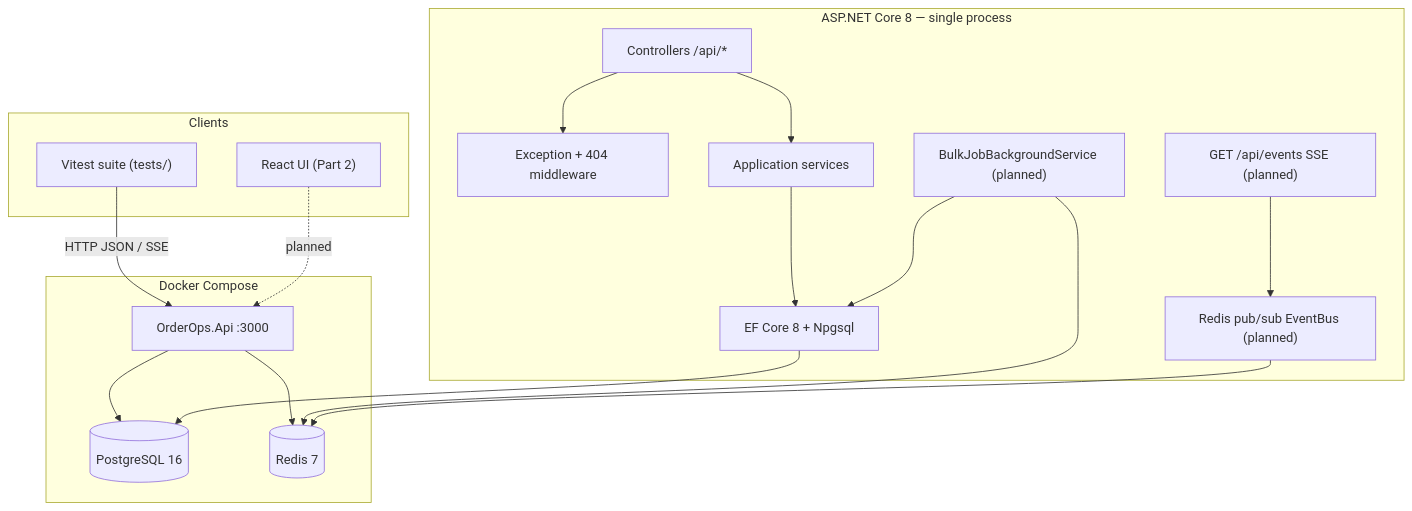
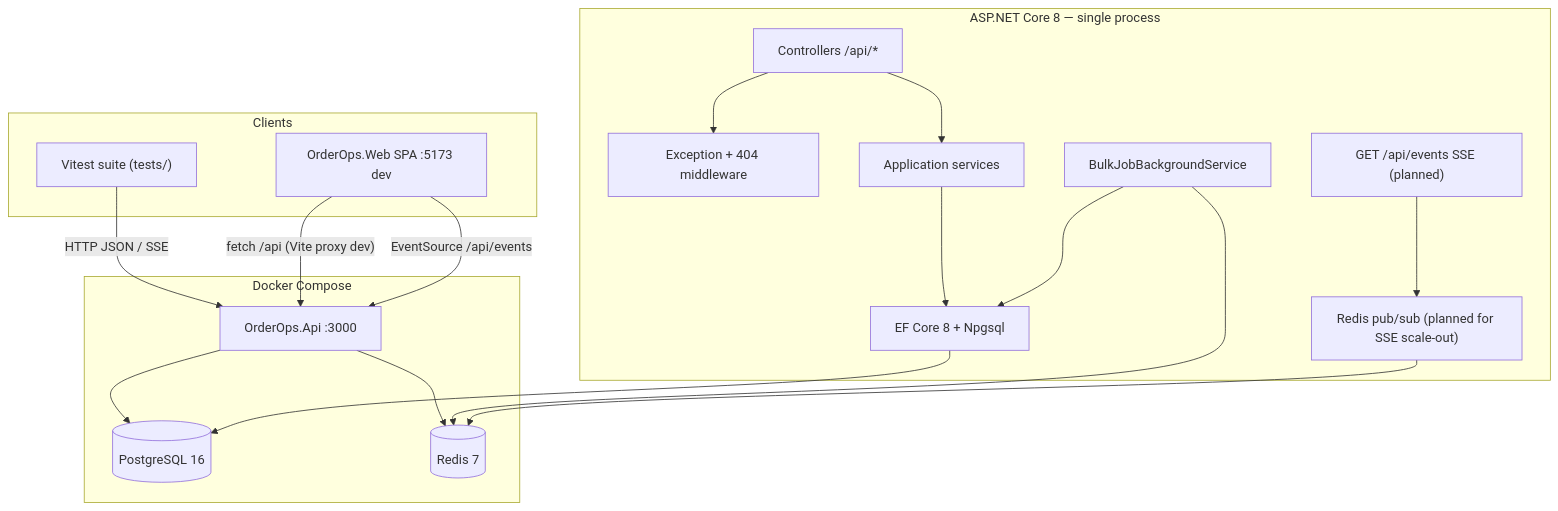
One commit to OriBartov/reeco_assignment changed the first of 5 diagrams in ARCHITECTURE.md. Above: the diagram before and after it, drawn with Mermaid. The commit also changed other lines of this file, not shown here.

First line of the commit message:
docs: update ARCHITECTURE.md for full-stack status and frontend design

````diff
--- a/ARCHITECTURE.md
+++ b/ARCHITECTURE.md
@@ -25,37 +25,38 @@
 ```mermaid
 flowchart TB
   subgraph clients [Clients]
     Tests["Vitest suite (tests/)"]
-    FutureUI["React UI (Part 2)"]
+    Web["OrderOps.Web SPA :5173 dev"]
   end
 
   subgraph docker [Docker Compose]
     API["OrderOps.Api :3000"]
     PG[(PostgreSQL 16)]
     Redis[(Redis 7)]
   end
 
   Tests -->|HTTP JSON / SSE| API
-  FutureUI -.->|planned| API
+  Web -->|"fetch /api (Vite proxy dev)"| API
+  Web -->|"EventSource /api/events"| API
   API --> PG
   API --> Redis
 
   subgraph apiInternals [ASP.NET Core 8 — single process]
     Controllers["Controllers /api/*"]
     Middleware["Exception + 404 middleware"]
     Services["Application services"]
     EF["EF Core 8 + Npgsql"]
-    Worker["BulkJobBackgroundService (planned)"]
+    Worker["BulkJobBackgroundService"]
     SSE["GET /api/events SSE (planned)"]
-    EventBus["Redis pub/sub EventBus (planned)"]
+    EventBus["Redis pub/sub (planned for SSE scale-out)"]
   end
 
   Controllers --> Middleware
   Controllers --> Services
   Services --> EF
   Worker --> EF
   Worker --> Redis
   SSE --> EventBus
   EventBus --> Redis
   EF --> PG
 ```
````
